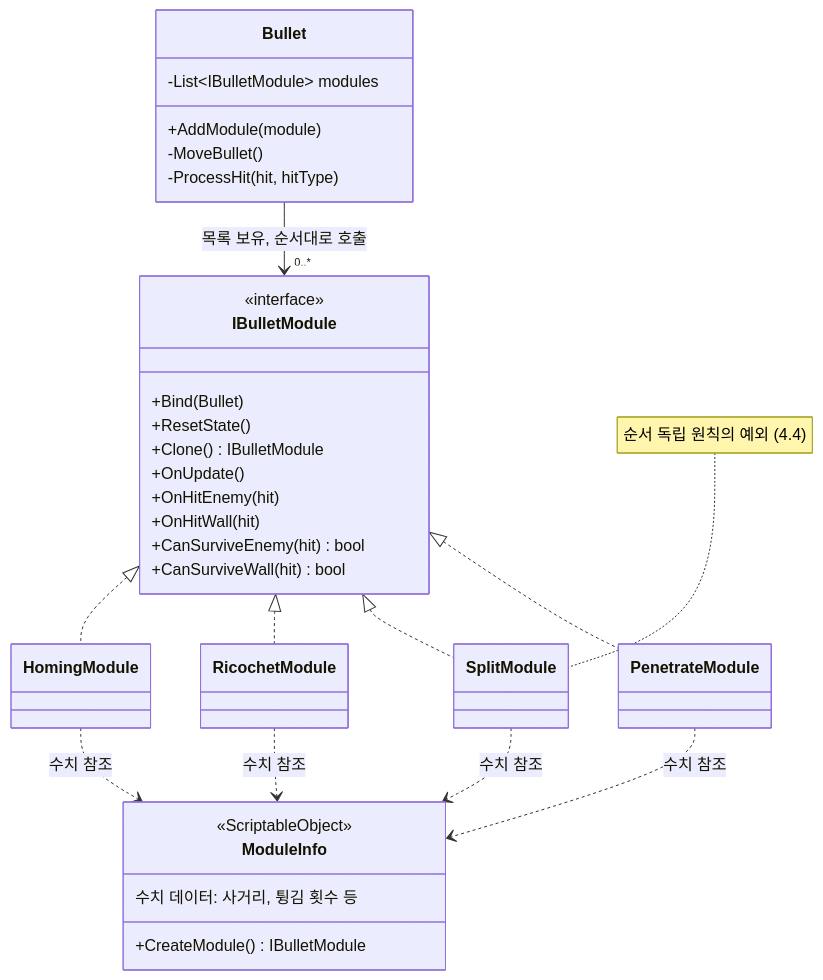
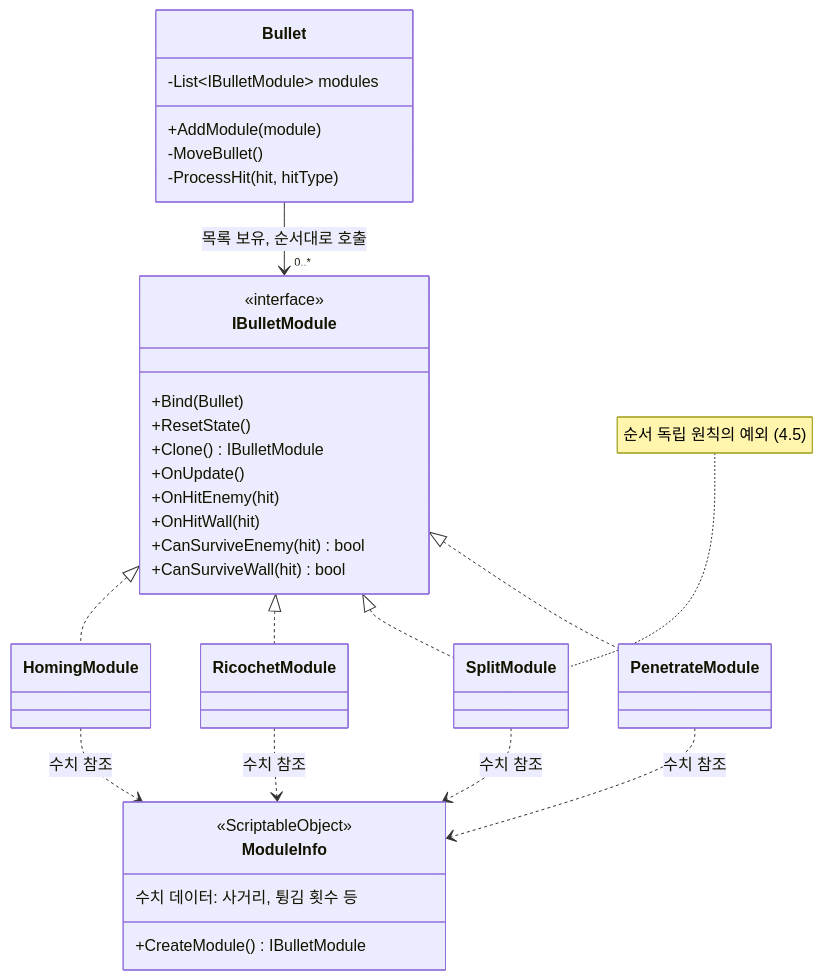
The second of 5 diagrams in src/1-Bullet-Module/기술문서.md (parksooha102-ai/portfolio), drawn with Mermaid before and after one commit. The commit also changed other lines of this file, not shown here.

````diff
--- a/src/1-Bullet-Module/기술문서.md
+++ b/src/1-Bullet-Module/기술문서.md
@@ -100,44 +115,44 @@
 ```mermaid
 classDiagram
     class Bullet {
         -List~IBulletModule~ modules
         +AddModule(module)
         -MoveBullet()
         -ProcessHit(hit, hitType)
     }
 
     class IBulletModule {
         <<interface>>
         +Bind(Bullet)
         +ResetState()
         +Clone() IBulletModule
         +OnUpdate()
         +OnHitEnemy(hit)
         +OnHitWall(hit)
         +CanSurviveEnemy(hit) bool
         +CanSurviveWall(hit) bool
     }
 
     class ModuleInfo {
         <<ScriptableObject>>
         수치 데이터: 사거리, 튕김 횟수 등
         +CreateModule() IBulletModule
     }
 
     class HomingModule
     class RicochetModule
     class SplitModule
     class PenetrateModule
 
     Bullet --> "0..*" IBulletModule : 목록 보유, 순서대로 호출
     IBulletModule <|.. HomingModule
     IBulletModule <|.. RicochetModule
     IBulletModule <|.. SplitModule
     IBulletModule <|.. PenetrateModule
     HomingModule ..> ModuleInfo : 수치 참조
     RicochetModule ..> ModuleInfo : 수치 참조
     SplitModule ..> ModuleInfo : 수치 참조
     PenetrateModule ..> ModuleInfo : 수치 참조
 
-    note for SplitModule "순서 독립 원칙의 예외 (4.4)"
+    note for SplitModule "순서 독립 원칙의 예외 (4.5)"
 ```
````
